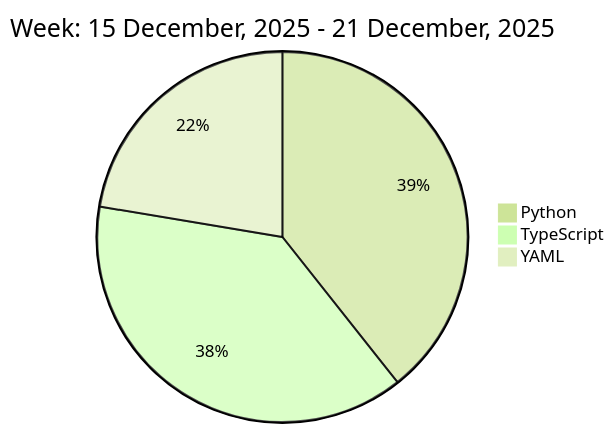
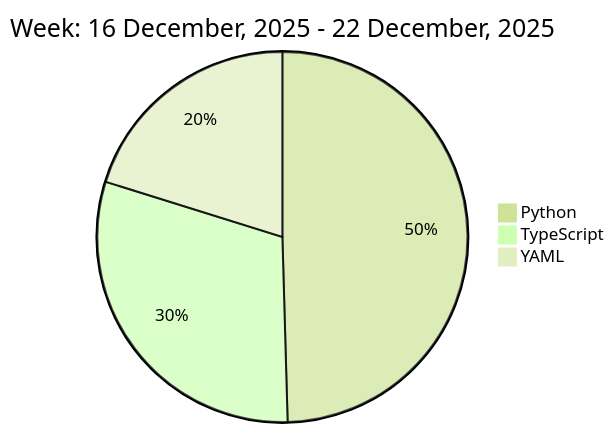
The diagram in README.md (liubin95/liubin95), drawn with Mermaid (forest theme) before and after one commit.

Commit message:
Updated the Graph with new Metrics

````diff
--- a/README.md
+++ b/README.md
@@ -37,7 +37,7 @@
 ```mermaid
  pie
-title Week: 15 December, 2025 - 21 December, 2025
- "Python" : 3.78
- "TypeScript" : 3.68
- "YAML" : 2.15
+title Week: 16 December, 2025 - 22 December, 2025
+ "Python" : 6.58
+ "TypeScript" : 4.02
+ "YAML" : 2.68
 ```
````
